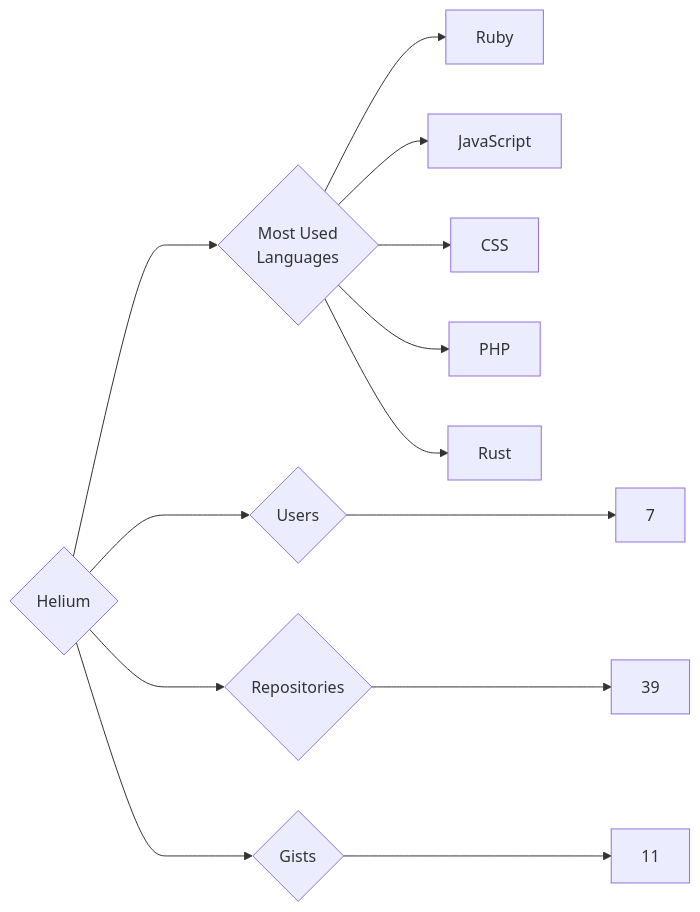
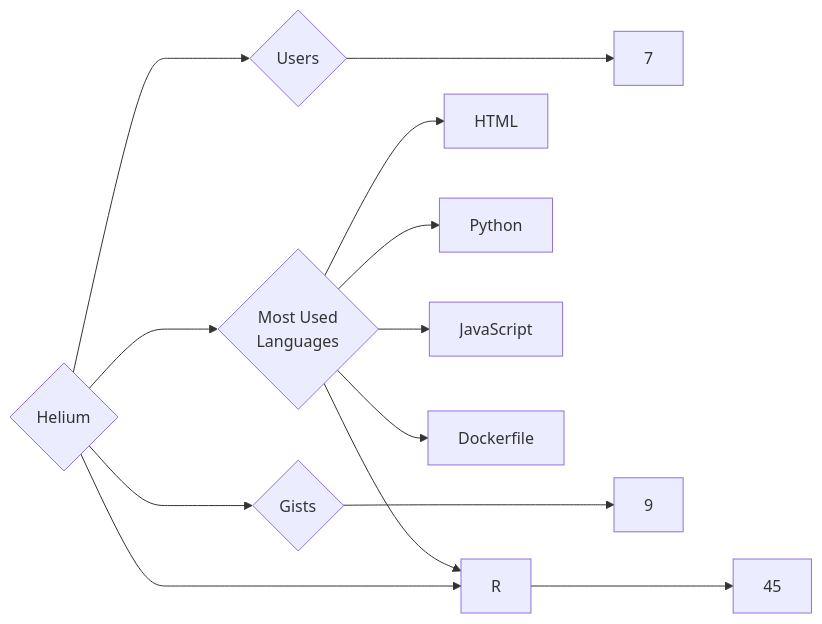
The diagram in targets/Helium/README.md (trickest/insiders), drawn with Mermaid before and after one commit. The commit also changed 857 other files, not shown here.

````diff
--- a/targets/Helium/README.md
+++ b/targets/Helium/README.md
@@ -3,13 +3,13 @@
 ```mermaid
 graph LR
 COMPANY_NAME{Helium}
 COMPANY_NAME ---> U{Users} ---> UN[7]
-COMPANY_NAME ---> R{Repositories} ---> RN[39]
-COMPANY_NAME ---> G{Gists} ---> GN[11]
+COMPANY_NAME ---> R{Repositories} ---> RN[45]
+COMPANY_NAME ---> G{Gists} ---> GN[9]
 COMPANY_NAME ---> ML{Most Used<br>Languages}
-ML --> Ruby[Ruby]
+ML --> HTML[HTML]
+ML --> Python[Python]
+ML --> R[R]
 ML --> JavaScript[JavaScript]
-ML --> CSS[CSS]
-ML --> PHP[PHP]
-ML --> Rust[Rust]
+ML --> Dockerfile[Dockerfile]
 ```
````
